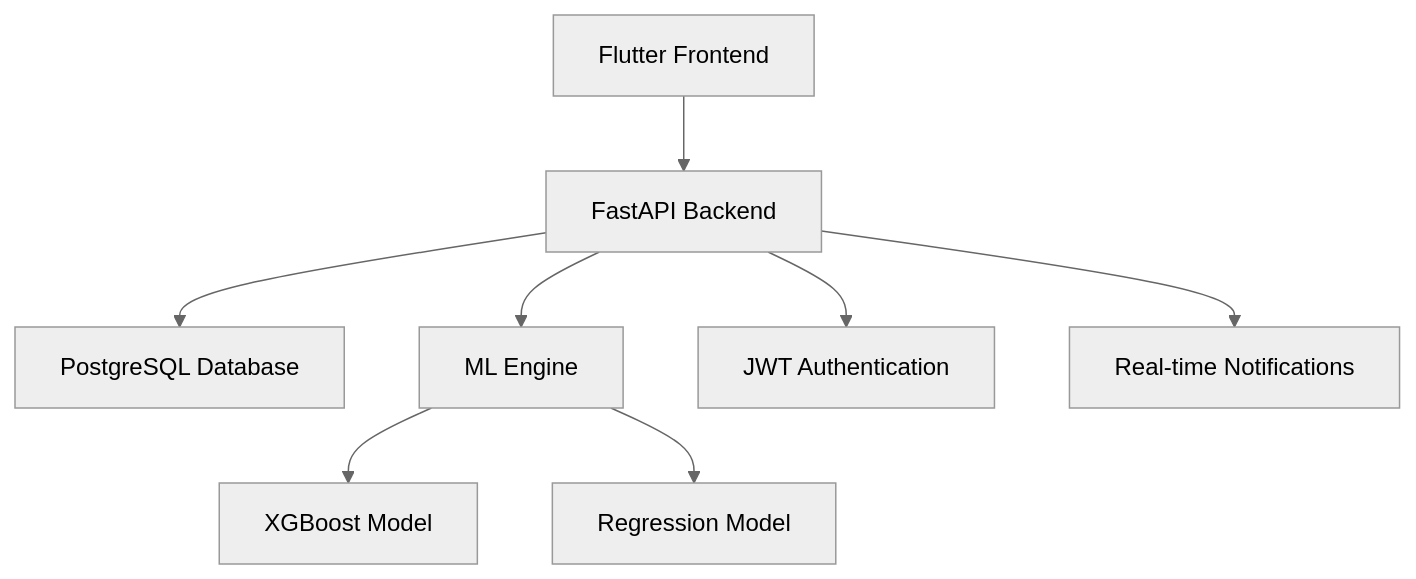
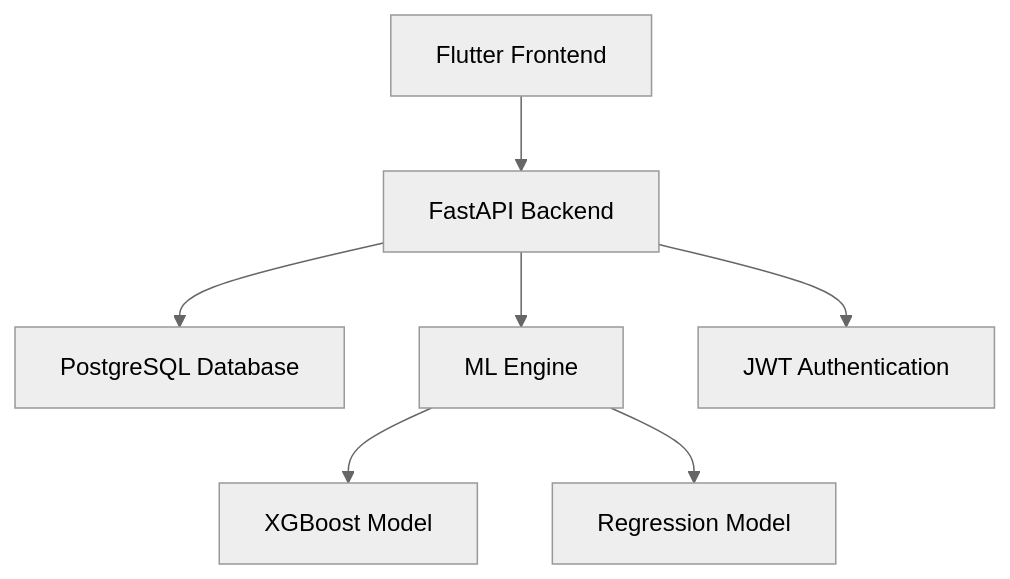
One commit to Malu2003/electricity_consumption changed the first of 2 diagrams in README.md. Above: the diagram before and after it, drawn with Mermaid (neutral theme). The commit also changed other lines of this file, not shown here.

````diff
--- a/README.md
+++ b/README.md
@@ -131,10 +125,9 @@
 ```mermaid
 graph TB
     A[Flutter Frontend] --> B[FastAPI Backend]
     B --> C[PostgreSQL Database]
     B --> D[ML Engine]
     D --> E[XGBoost Model]
     D --> F[Regression Model]
     B --> G[JWT Authentication]
-    B --> H[Real-time Notifications]
 ```
````
